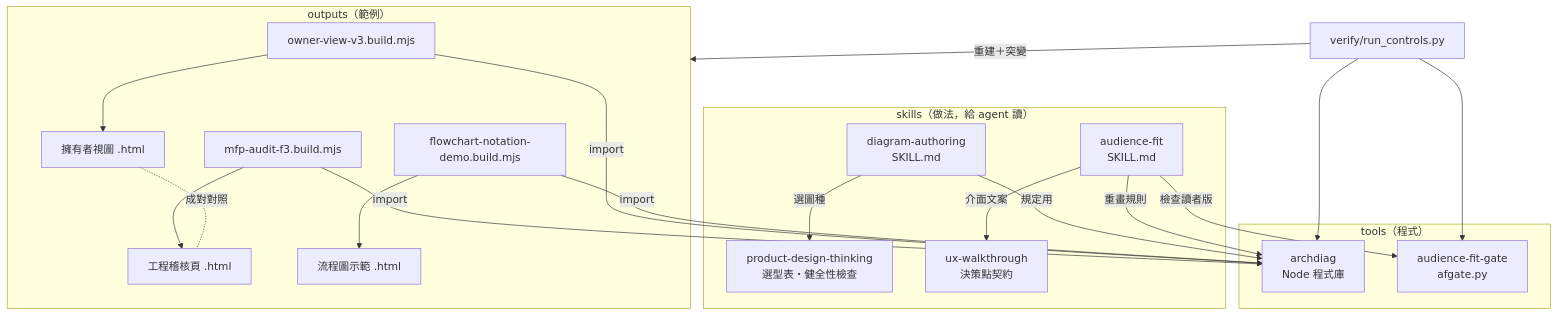
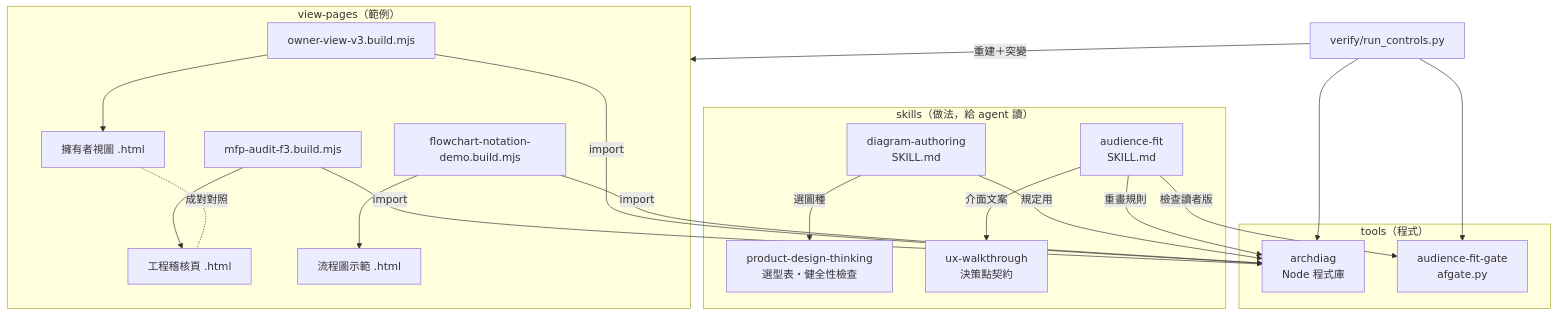
The first of 2 diagrams in docs/DEVELOPER.md (WizerdBaChe/diagram-audience-fit), drawn with Mermaid before and after one commit. The commit also changed other lines of this file and 6 other files, not shown here.

````diff
--- a/docs/DEVELOPER.md
+++ b/docs/DEVELOPER.md
@@ -46,28 +47,28 @@
 ```mermaid
 flowchart TB
   subgraph skills["skills（做法，給 agent 讀）"]
     DA["diagram-authoring<br/>SKILL.md"]
     AF["audience-fit<br/>SKILL.md"]
     PDT["product-design-thinking<br/>選型表・健全性檢查"]
     UX["ux-walkthrough<br/>決策點契約"]
   end
   subgraph tools["tools（程式）"]
     AD["archdiag<br/>Node 程式庫"]
     AG["audience-fit-gate<br/>afgate.py"]
   end
-  subgraph outputs["outputs（範例）"]
+  subgraph outputs["view-pages（範例）"]
     B1["mfp-audit-f3.build.mjs"] --> H1["工程稽核頁 .html"]
     B2["owner-view-v3.build.mjs"] --> H2["擁有者視圖 .html"]
     B3["flowchart-notation-demo.build.mjs"] --> H3["流程圖示範 .html"]
   end
   DA -- 選圖種 --> PDT
   DA -- 規定用 --> AD
   AF -- 重畫規則 --> AD
   AF -- 介面文案 --> UX
   AF -- 檢查讀者版 --> AG
   B1 & B2 & B3 -- import --> AD
   H2 -. 成對對照 .- H1
   VR["verify/run_controls.py"] -- 重建＋突變 --> outputs
   VR --> AD
   VR --> AG
 ```
````
